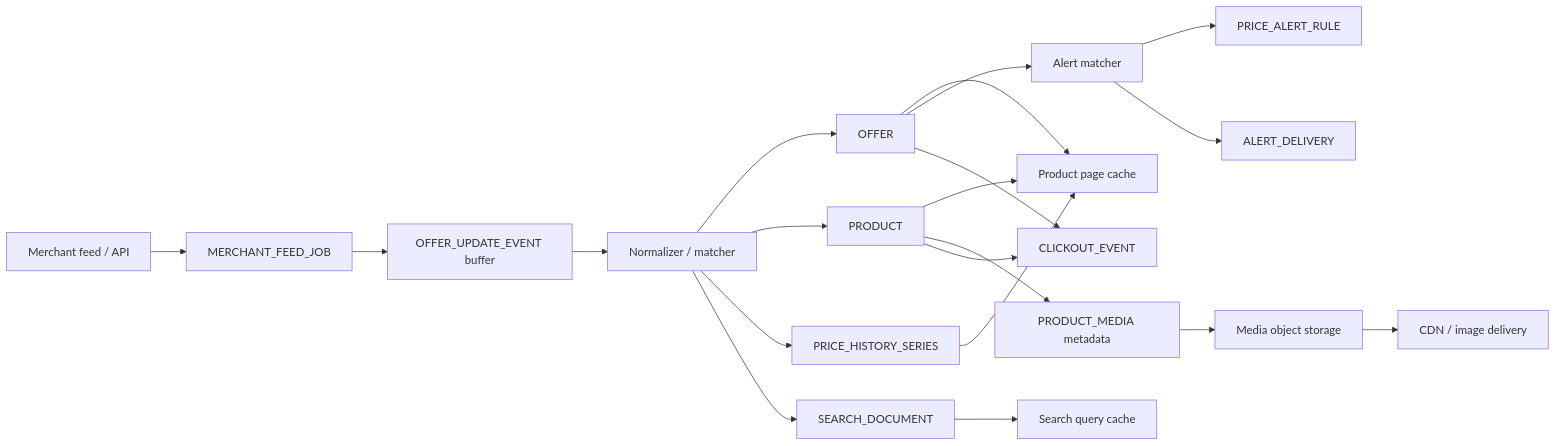
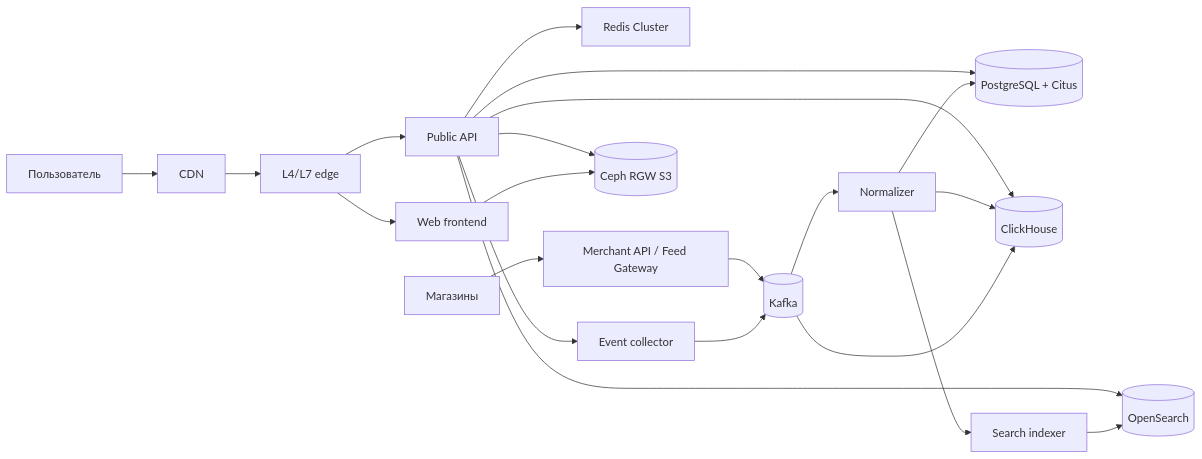
Before and after one commit to egorsharonov/HighLoad-System: the second of 2 diagrams in README.md, drawn with Mermaid. The commit also changed other lines of this file, not shown here.

````diff
--- a/README.md
+++ b/README.md
@@ -913,27 +893,26 @@
 ```mermaid
 flowchart LR
-    MF[Merchant feed / API] --> J[MERCHANT_FEED_JOB]
-    J --> Q[OFFER_UPDATE_EVENT buffer]
-    Q --> N[Normalizer / matcher]
-    N --> O[OFFER]
-    N --> P[PRODUCT]
-    N --> H[PRICE_HISTORY_SERIES]
-    N --> SD[SEARCH_DOCUMENT]
+    U[Пользователь] --> CDN[CDN]
+    CDN --> EDGE[L4/L7 edge]
+    EDGE --> WEB[Web frontend]
+    EDGE --> API[Public API]
+    API --> REDIS[Redis Cluster]
+    API --> PG[(PostgreSQL + Citus)]
+    API --> OS[(OpenSearch)]
+    API --> CH[(ClickHouse)]
 
-    P --> PPC[Product page cache]
-    O --> PPC
-    H --> PPC
+    M[Магазины] --> MERCH[Merchant API / Feed Gateway]
+    MERCH --> KAFKA[(Kafka)]
+    KAFKA --> NORM[Normalizer]
+    NORM --> PG
+    NORM --> CH
+    NORM --> REINDEX[Search indexer]
+    REINDEX --> OS
 
-    SD --> SQC[Search query cache]
+    API --> EVENTS[Event collector]
+    EVENTS --> KAFKA
+    KAFKA --> CH
 
-    P --> PM[PRODUCT_MEDIA metadata]
-    PM --> MOS[Media object storage]
-    MOS --> CDN[CDN / image delivery]
-
-    O --> AM[Alert matcher]
-    AM --> AR[PRICE_ALERT_RULE]
-    AM --> AD[ALERT_DELIVERY]
-
-    O --> CO[CLICKOUT_EVENT]
-    P --> CO
+    API --> S3[(Ceph RGW S3)]
+    WEB --> S3
 ```
````
